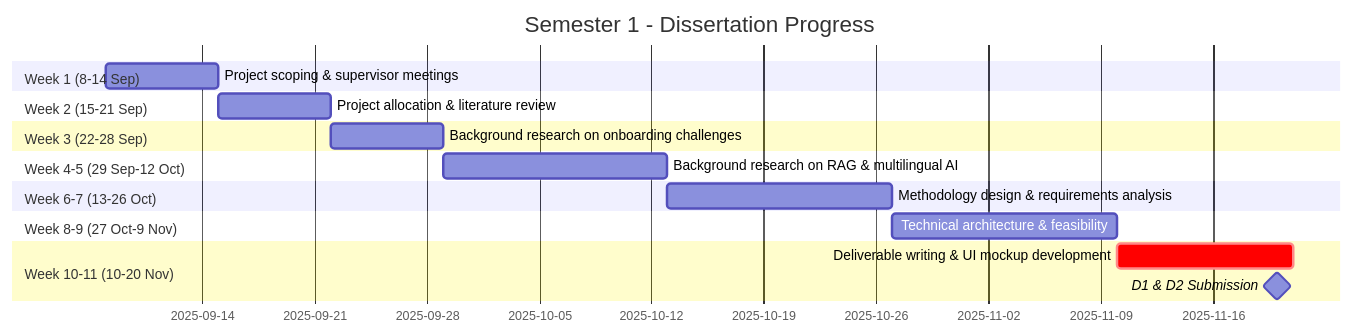
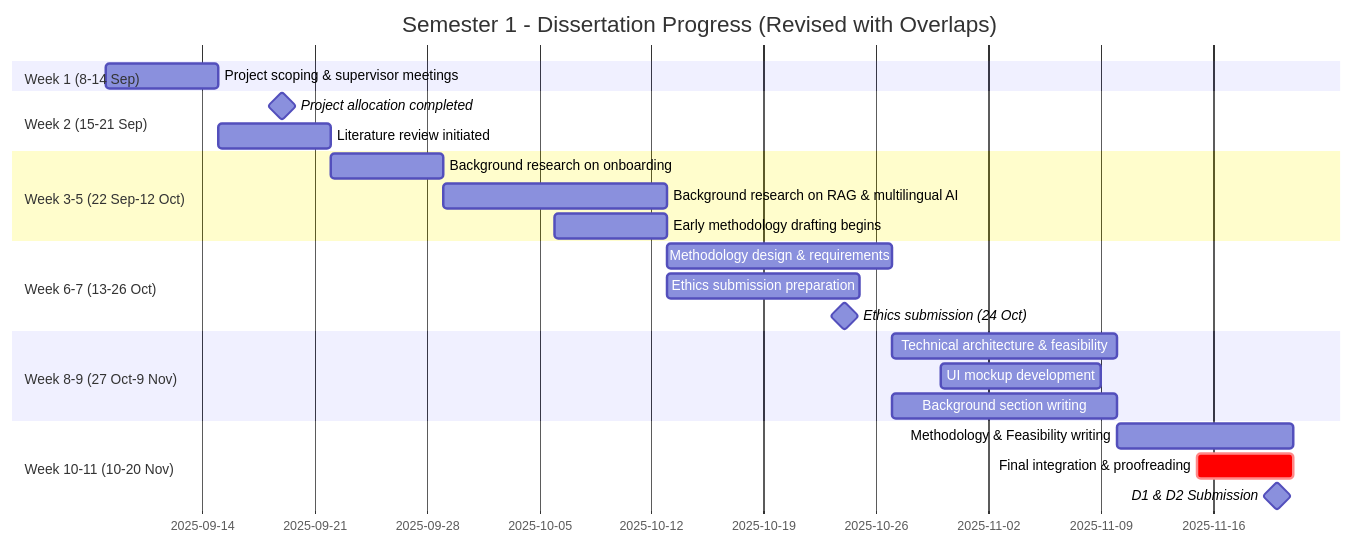
One commit to nm2064/Supporting-new-students-orienting-themselves-on-campus changed the first of 2 diagrams in Gantt Chart/README.md. Above: the diagram before and after it, drawn with Mermaid. The commit also changed other lines of this file, not shown here.

First line of the commit message:
Revise timelines and milestones in README

````diff
--- a/Gantt Chart/README.md
+++ b/Gantt Chart/README.md
@@ -5,27 +5,32 @@
 ```mermaid
 gantt
-    title Semester 1 - Dissertation Progress
+    title Semester 1 - Dissertation Progress (Revised with Overlaps)
     dateFormat  YYYY-MM-DD
 
     section Week 1 (8-14 Sep)
     Project scoping & supervisor meetings           :w1, 2025-09-08, 7d
 
     section Week 2 (15-21 Sep)
-    Project allocation & literature review          :w2, 2025-09-15, 7d
+    Project allocation completed                    :milestone, 2025-09-19, 0d
+    Literature review initiated                     :w2a, 2025-09-15, 7d
 
-    section Week 3 (22-28 Sep)
-    Background research on onboarding challenges    :w3, 2025-09-22, 7d
-
-    section Week 4-5 (29 Sep-12 Oct)
+    section Week 3-5 (22 Sep-12 Oct)
+    Background research on onboarding               :w3a, 2025-09-22, 7d
     Background research on RAG & multilingual AI    :w4, 2025-09-29, 14d
+    Early methodology drafting begins               :w3b, 2025-10-06, 7d
 
     section Week 6-7 (13-26 Oct)
-    Methodology design & requirements analysis      :w6, 2025-10-13, 14d
+    Methodology design & requirements               :w6a, 2025-10-13, 14d
+    Ethics submission preparation                   :w6b, 2025-10-13, 12d
+    Ethics submission (24 Oct)                      :milestone, 2025-10-24, 0d
 
     section Week 8-9 (27 Oct-9 Nov)
-    Technical architecture & feasibility            :w8, 2025-10-27, 14d
+    Technical architecture & feasibility            :w8a, 2025-10-27, 14d
+    UI mockup development                           :w8b, 2025-10-30, 10d
+    Background section writing                      :w8c, 2025-10-27, 14d
 
     section Week 10-11 (10-20 Nov)
-    Deliverable writing & UI mockup development     :crit, w10, 2025-11-10, 11d
+    Methodology & Feasibility writing               :w10a, 2025-11-10, 11d
+    Final integration & proofreading                :crit, w10b, 2025-11-15, 6d
     D1 & D2 Submission                              :milestone, submit, 2025-11-20, 0d
 ```
````
